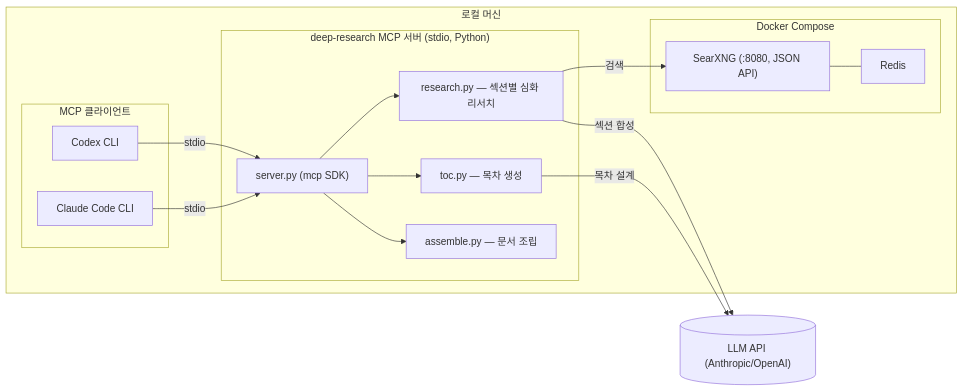
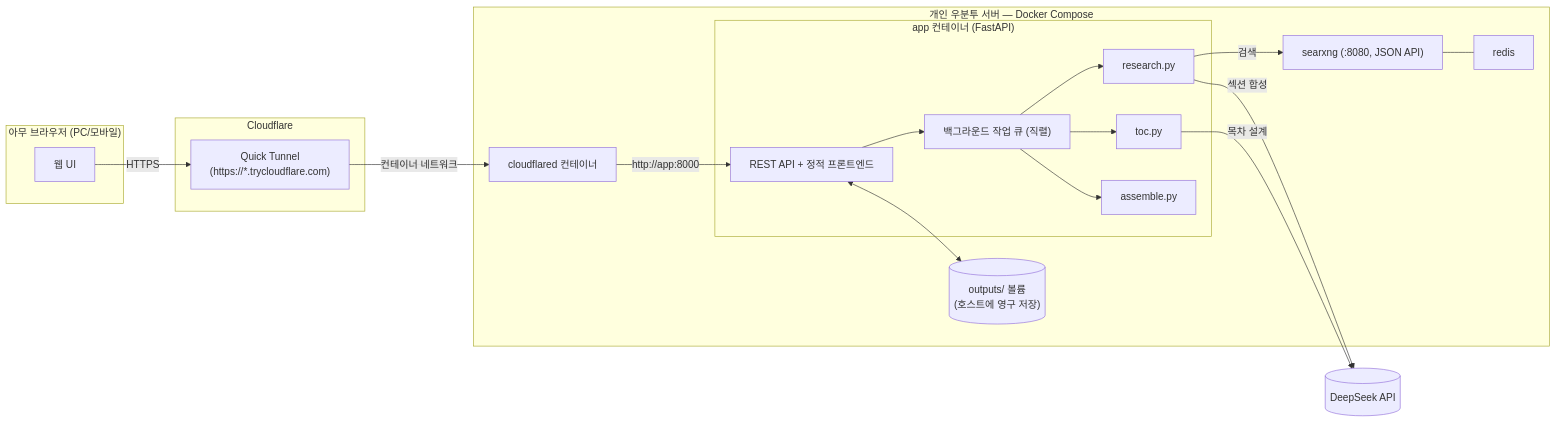
Before and after one commit to lietzsche/researcher: the diagram in DESIGN.md, drawn with Mermaid. The commit also changed other lines of this file and 1 other file, not shown here.

````diff
--- a/DESIGN.md
+++ b/DESIGN.md
@@ -30,33 +34,39 @@
 ```mermaid
 flowchart LR
-    subgraph Host["로컬 머신"]
-        subgraph CLI["MCP 클라이언트"]
-            CC["Claude Code CLI"]
-            CX["Codex CLI"]
-        end
-
-        subgraph MCP["deep-research MCP 서버 (stdio, Python)"]
-            SRV["server.py (mcp SDK)"]
-            TOC["toc.py — 목차 생성"]
-            SEC["research.py — 섹션별 심화 리서치"]
-            ASM["assemble.py — 문서 조립"]
-        end
-
-        subgraph Docker["Docker Compose"]
-            SXNG["SearXNG (:8080, JSON API)"]
-            REDIS["Redis"]
-        end
+    subgraph Client["아무 브라우저 (PC/모바일)"]
+        UI["웹 UI"]
     end
 
-    LLM[("LLM API (Anthropic/OpenAI)")]
+    subgraph Cloudflare["Cloudflare"]
+        QT["Quick Tunnel\n(https://*.trycloudflare.com)"]
+    end
 
-    CC -- stdio --> SRV
-    CX -- stdio --> SRV
-    SRV --> TOC
-    SRV --> SEC
-    SRV --> ASM
+    subgraph Ubuntu["개인 우분투 서버 — Docker Compose"]
+        subgraph App["app 컨테이너 (FastAPI)"]
+            API["REST API + 정적 프론트엔드"]
+            JOB["백그라운드 작업 큐 (직렬)"]
+            TOC["toc.py"]
+            SEC["research.py"]
+            ASM["assemble.py"]
+        end
+        SXNG["searxng (:8080, JSON API)"]
+        REDIS["redis"]
+        CF["cloudflared 컨테이너"]
+        VOL[("outputs/ 볼륨\n(호스트에 영구 저장)")]
+    end
+
+    LLM[("DeepSeek API")]
+
+    UI -- HTTPS --> QT
+    QT -- 컨테이너 네트워크 --> CF
+    CF -- http://app:8000 --> API
+    API --> JOB
+    JOB --> TOC
+    JOB --> SEC
+    JOB --> ASM
     TOC -- 목차 설계 --> LLM
     SEC -- 검색 --> SXNG
     SEC -- 섹션 합성 --> LLM
     SXNG --- REDIS
+    API <--> VOL
 ```
````
